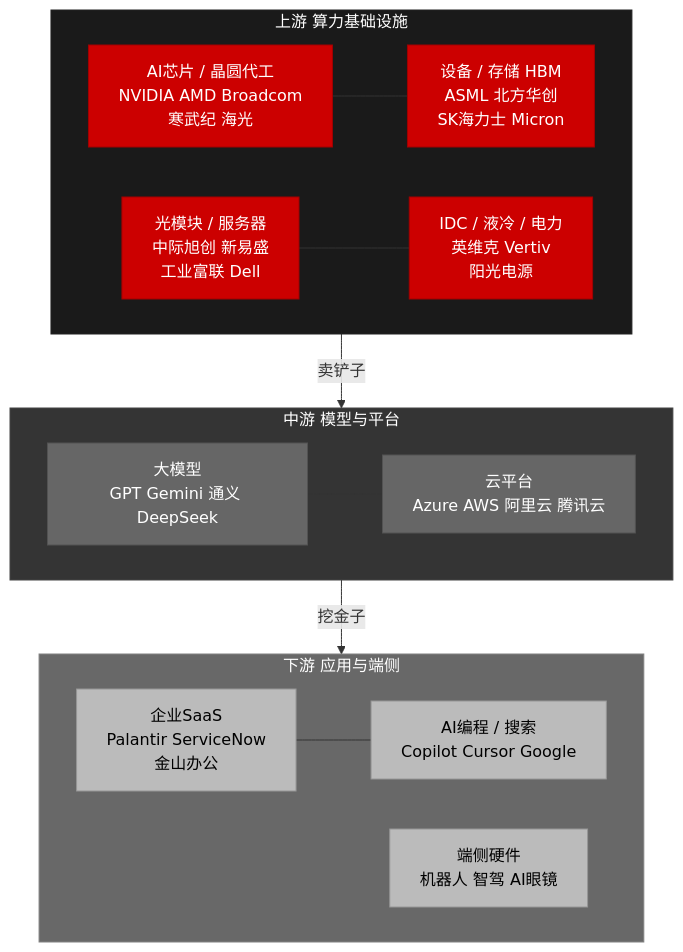
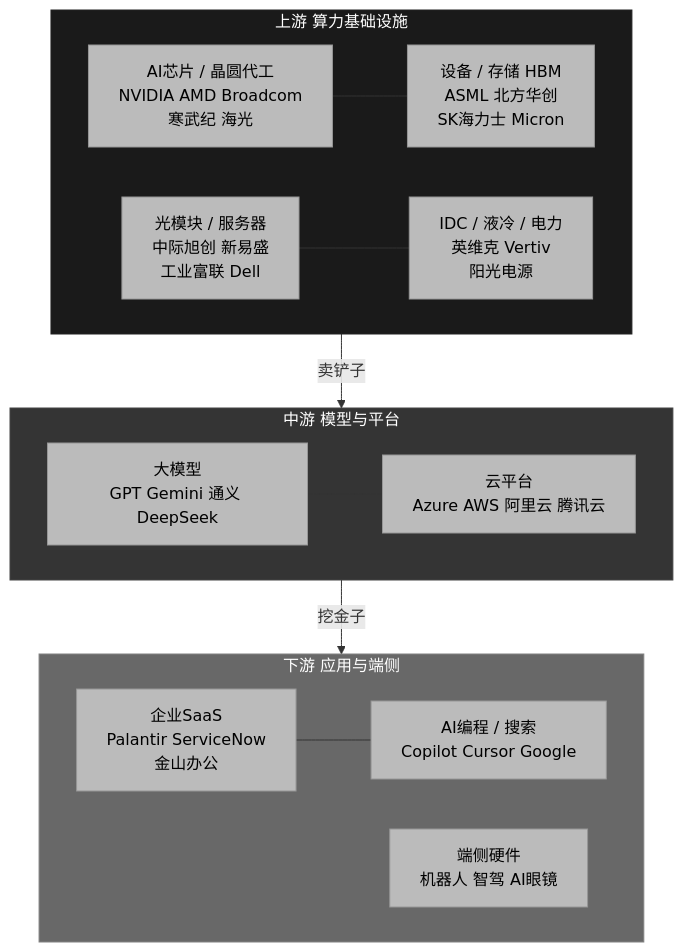
Before and after one commit to harveyzhang814/harveyz-skill: the first of 7 diagrams in skills/writing/mermaid-diagram/tests/bain-style-test.md, drawn with Mermaid. The commit also changed 11 other files, not shown here.

First line of the commit message:
refactor(mermaid): node.primary/secondary/neutral; Bain as default ref

````diff
--- a/skills/writing/mermaid-diagram/tests/bain-style-test.md
+++ b/skills/writing/mermaid-diagram/tests/bain-style-test.md
@@ -10,32 +10,32 @@
 ```mermaid
 flowchart TD
     subgraph UP["上游 算力基础设施"]
         U1["AI芯片 / 晶圆代工<br/>NVIDIA AMD Broadcom<br/>寒武纪 海光"] --- U2["设备 / 存储 HBM<br/>ASML 北方华创<br/>SK海力士 Micron"]
         U3["光模块 / 服务器<br/>中际旭创 新易盛<br/>工业富联 Dell"]  --- U4["IDC / 液冷 / 电力<br/>英维克 Vertiv<br/>阳光电源"]
     end
 
     subgraph MID["中游 模型与平台"]
         M1["大模型<br/>GPT Gemini 通义 DeepSeek"] --- M2["云平台<br/>Azure AWS 阿里云 腾讯云"]
     end
 
     subgraph DOWN["下游 应用与端侧"]
         D1["企业SaaS<br/>Palantir ServiceNow<br/>金山办公"] --- D2["AI编程 / 搜索<br/>Copilot Cursor Google"]
         D3["端侧硬件<br/>机器人 智驾 AI眼镜"]
     end
 
     UP -->|"卖铲子"| MID
     MID -->|"挖金子"| DOWN
 
     style UP   fill:#1A1A1A,color:#fff,stroke:#222222
     style MID  fill:#343434,color:#fff,stroke:#444444
     style DOWN fill:#686868,color:#fff,stroke:#828282
-    style U1 fill:#CC0000,color:#fff,stroke:#A30000
-    style U2 fill:#CC0000,color:#fff,stroke:#A30000
-    style U3 fill:#CC0000,color:#fff,stroke:#A30000
-    style U4 fill:#CC0000,color:#fff,stroke:#A30000
-    style M1 fill:#666666,color:#fff,stroke:#525252
-    style M2 fill:#666666,color:#fff,stroke:#525252
+    style U1 fill:#BBBBBB,color:#000,stroke:#969696
+    style U2 fill:#BBBBBB,color:#000,stroke:#969696
+    style U3 fill:#BBBBBB,color:#000,stroke:#969696
+    style U4 fill:#BBBBBB,color:#000,stroke:#969696
+    style M1 fill:#BBBBBB,color:#000,stroke:#969696
+    style M2 fill:#BBBBBB,color:#000,stroke:#969696
     style D1 fill:#BBBBBB,color:#000,stroke:#969696
     style D2 fill:#BBBBBB,color:#000,stroke:#969696
     style D3 fill:#BBBBBB,color:#000,stroke:#969696
 ```
````
